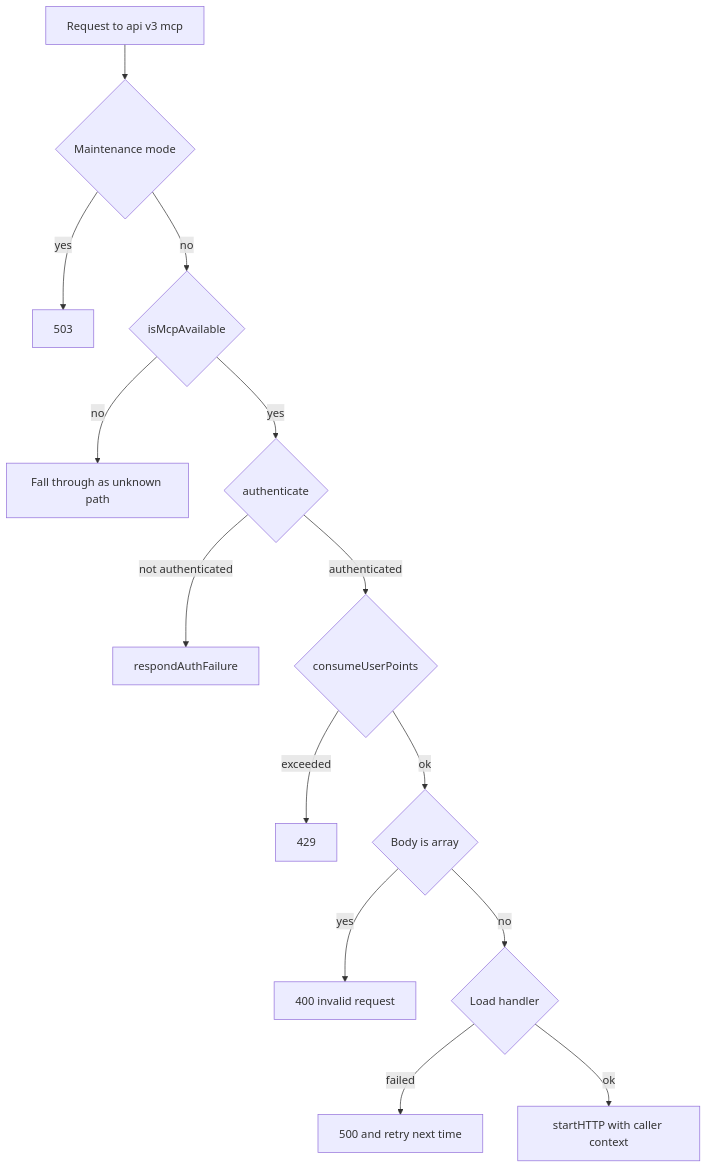
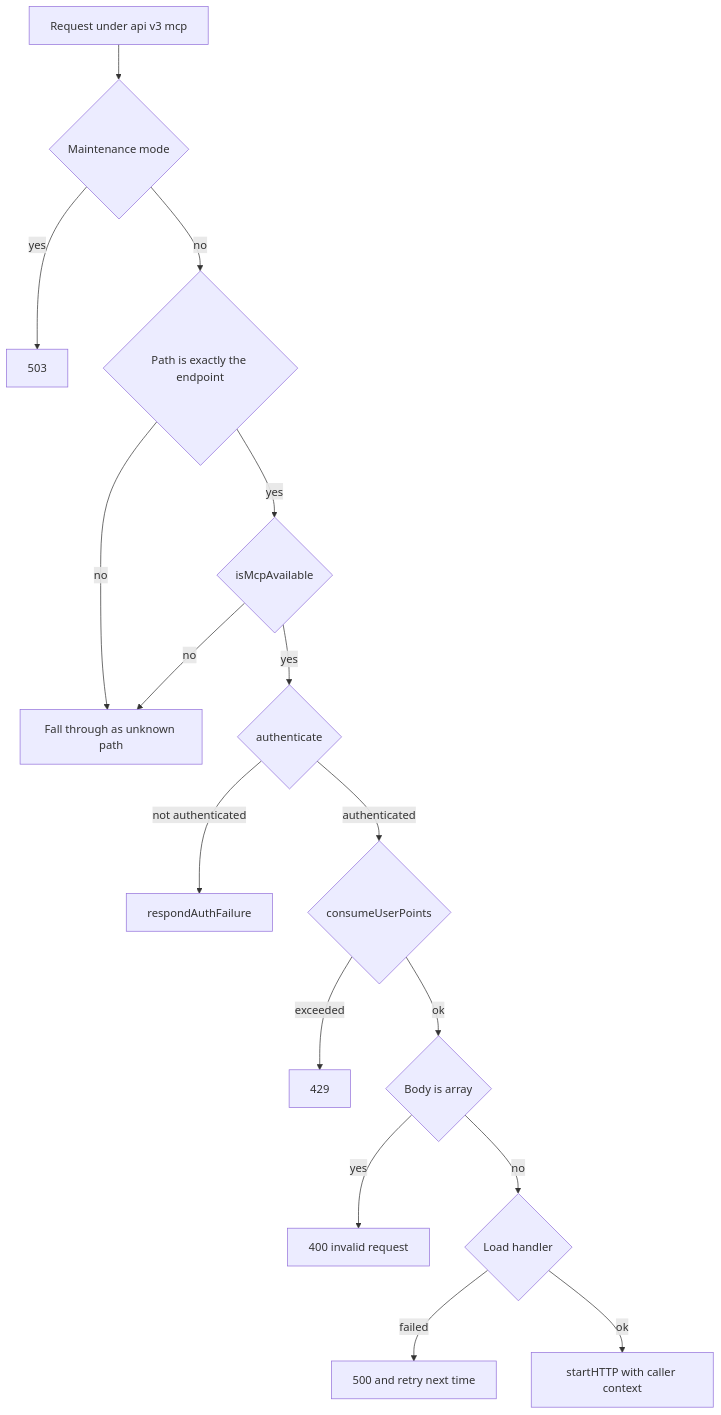
Before and after one commit to growilabs/growi: the second of 3 diagrams in .kiro/specs/remote-mcp-server-route/design.md, drawn with Mermaid. The commit also changed other lines of this file, not shown here.

Commit message:
feat: Refine MCP endpoint path matching rules and request handling for improved accuracy

````diff
--- a/.kiro/specs/remote-mcp-server-route/design.md
+++ b/.kiro/specs/remote-mcp-server-route/design.md
@@ -218,16 +218,18 @@
 ```mermaid
 flowchart TD
-    Start[Request to api v3 mcp] --> Maint{Maintenance mode}
+    Start[Request under api v3 mcp] --> Maint{Maintenance mode}
     Maint -->|yes| R503[503]
-    Maint -->|no| Enabled{isMcpAvailable}
+    Maint -->|no| Exact{Path is exactly the endpoint}
+    Exact -->|no| Fall
+    Exact -->|yes| Enabled{isMcpAvailable}
     Enabled -->|no| Fall[Fall through as unknown path]
     Enabled -->|yes| AuthQ{authenticate}
     AuthQ -->|not authenticated| R401[respondAuthFailure]
     AuthQ -->|authenticated| Limit{consumeUserPoints}
     Limit -->|exceeded| R429[429]
     Limit -->|ok| Batch{Body is array}
     Batch -->|yes| R400[400 invalid request]
     Batch -->|no| Load{Load handler}
     Load -->|failed| R500[500 and retry next time]
     Load -->|ok| Dispatch[startHTTP with caller context]
 ```
````
